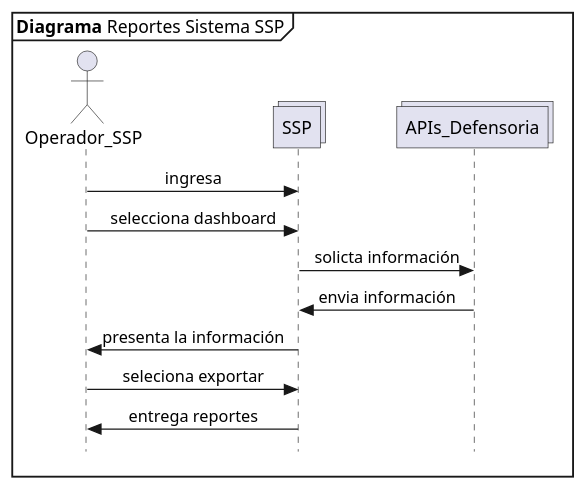
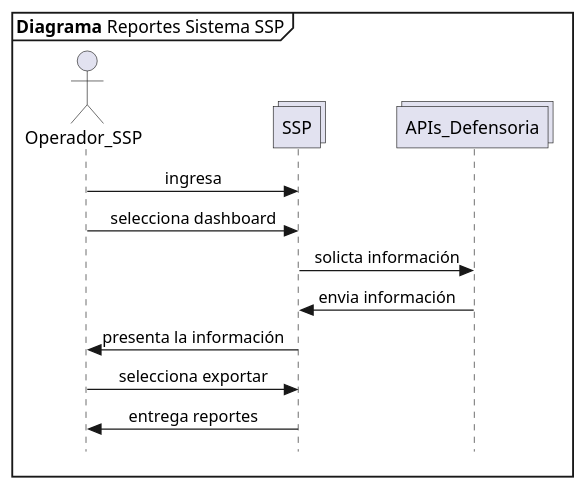
One commit to n1m0d0/defdiag changed the diagram in propuesta SSP/16 reportes.plantuml. Above: the diagram before and after it, drawn with PlantUML. The commit also changed 7 other files, not shown here.

```diff
--- a/propuesta SSP/16 reportes.plantuml
+++ b/propuesta SSP/16 reportes.plantuml
@@ -1,19 +1,19 @@
 @startuml Dashboard de Reportes
 skinparam Style strictuml
 skinparam SequenceMessageAlignment center
 
 mainframe **Diagrama** Reportes Sistema SSP
 
 actor Operador_SSP as opssp
 collections SSP 
 collections APIs_Defensoria as apidef
 
 opssp -> SSP : ingresa
 opssp -> SSP : selecciona dashboard
 SSP -> apidef : solicta información
 apidef -> SSP : envia información
 SSP -> opssp : presenta la información
-opssp -> SSP : seleciona exportar
+opssp -> SSP : selecciona exportar
 SSP -> opssp : entrega reportes
 
 @enduml
```
